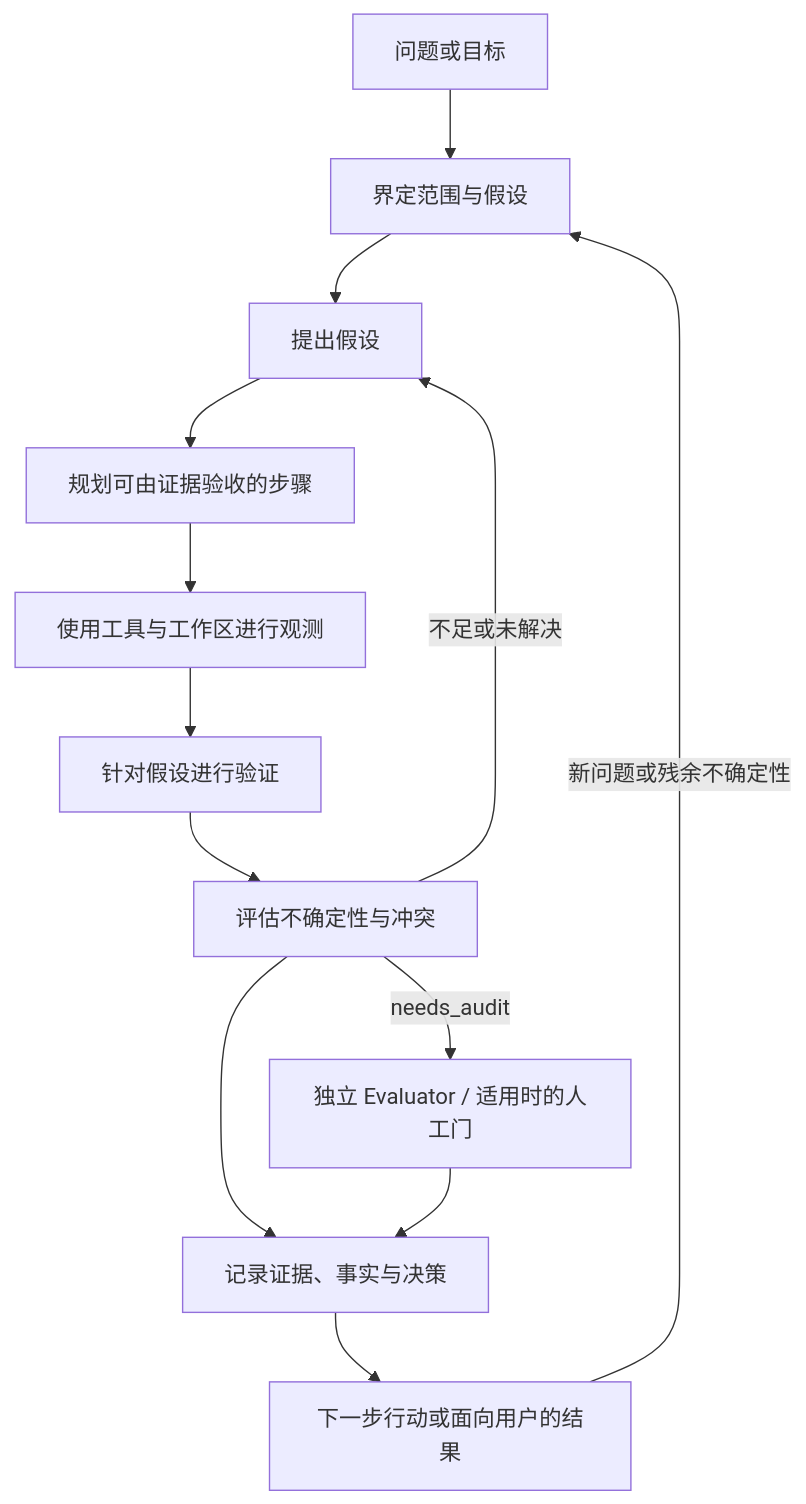
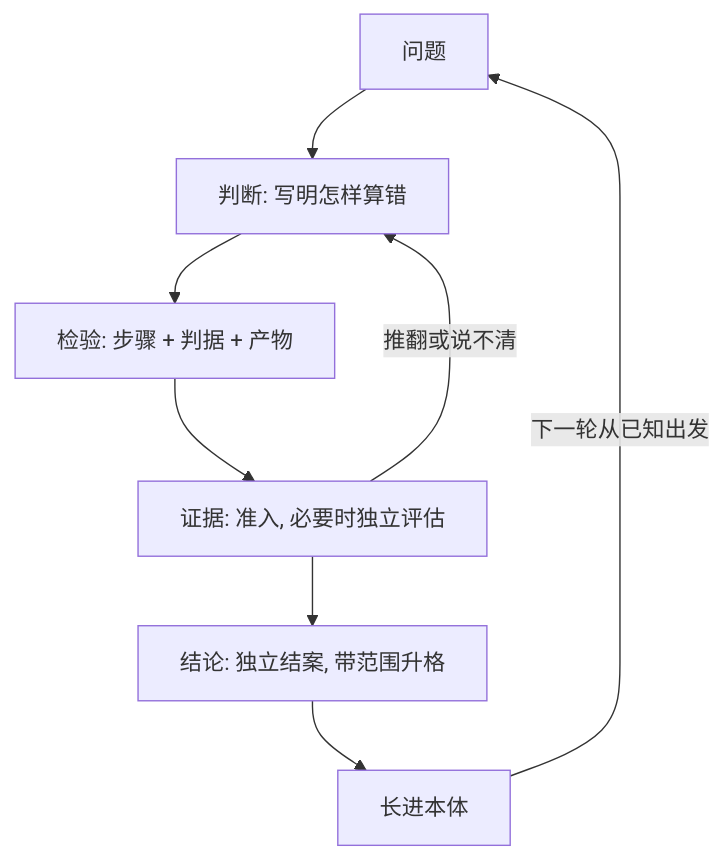
Before and after one commit to Clearailhc/clearai-dsh: the diagram in docs/epistemic-loop.zh-CN.md, drawn with Mermaid. The commit also changed other lines of this file and 24 other files, not shown here.

````diff
--- a/docs/epistemic-loop.zh-CN.md
+++ b/docs/epistemic-loop.zh-CN.md
@@ -17,15 +24,10 @@
 ```mermaid
 flowchart TD
-    Q[问题或目标] --> F[界定范围与假设]
-    F --> H[提出假设]
-    H --> P[规划可由证据验收的步骤]
-    P --> O[使用工具与工作区进行观测]
-    O --> V[针对假设进行验证]
-    V --> E[评估不确定性与冲突]
-    E -->|needs_audit| A[独立 Evaluator / 适用时的人工门]
-    E -->|不足或未解决| H
-    E --> R[记录证据、事实与决策]
-    A --> R
-    R --> N[下一步行动或面向用户的结果]
-    N -->|新问题或残余不确定性| F
+    Q[问题] --> J[判断: 写明怎样算错]
+    J --> T[检验: 步骤 + 判据 + 产物]
+    T --> E[证据: 准入, 必要时独立评估]
+    E -->|推翻或说不清| J
+    E --> C[结论: 独立结案, 带范围升格]
+    C --> O[长进本体]
+    O -->|下一轮从已知出发| Q
 ```
````
